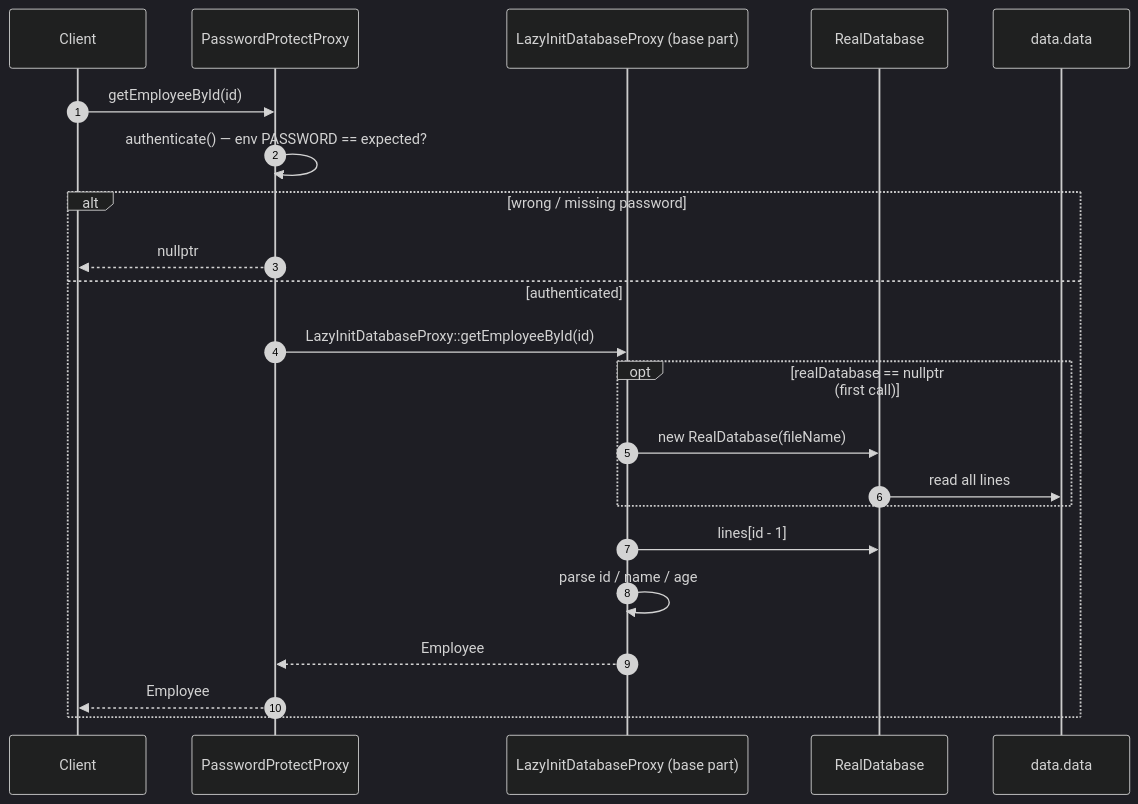
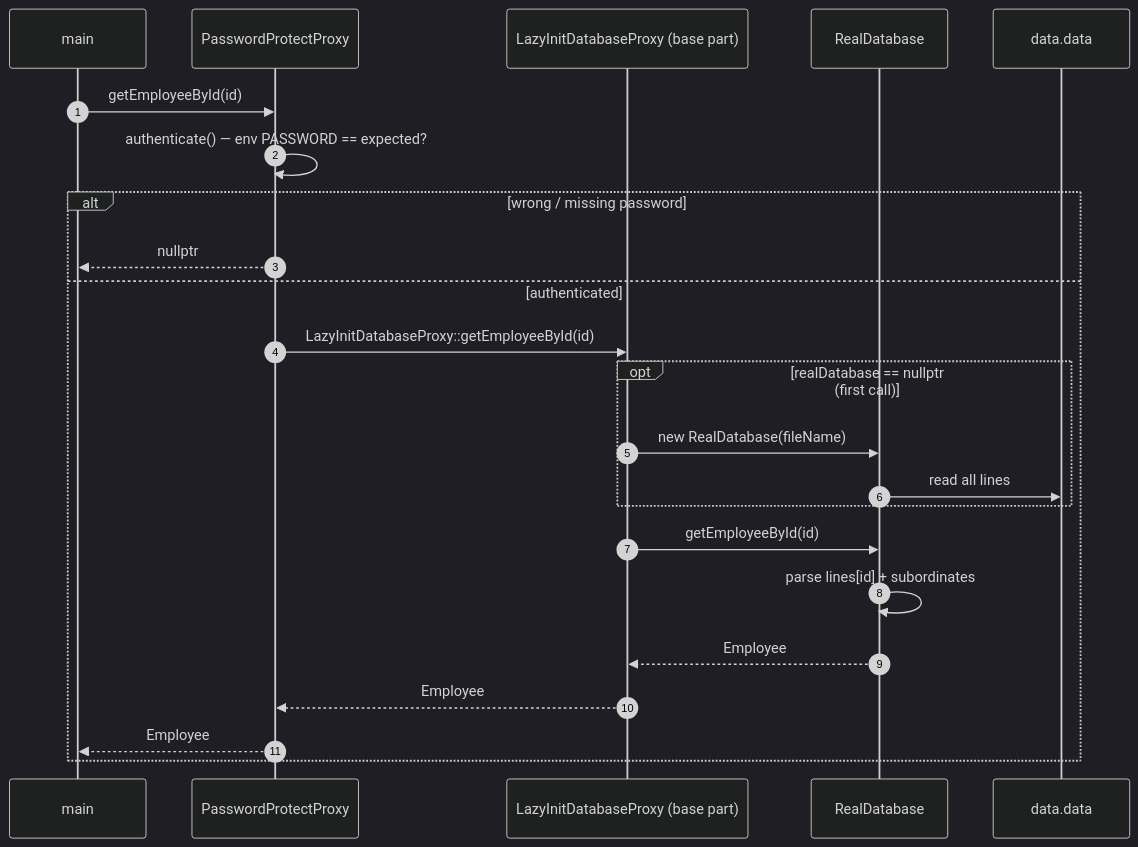
One commit to Chang-anthony/DesignPattern changed the second of 2 diagrams in employee/diagrams.md. Above: the diagram before and after it, drawn with Mermaid (dark theme). The commit also changed other lines of this file and 16 other files, not shown here.

````diff
--- a/employee/diagrams.md
+++ b/employee/diagrams.md
@@ -61,25 +61,26 @@
 ```mermaid
 sequenceDiagram
     autonumber
-    participant C as Client
+    participant C as main
     participant PP as PasswordProtectProxy
     participant LP as LazyInitDatabaseProxy (base part)
     participant RD as RealDatabase
     participant F as data.data
 
     C->>PP: getEmployeeById(id)
     PP->>PP: authenticate() — env PASSWORD == expected?
     alt wrong / missing password
         PP-->>C: nullptr
     else authenticated
         PP->>LP: LazyInitDatabaseProxy::getEmployeeById(id)
         opt realDatabase == nullptr (first call)
             LP->>RD: new RealDatabase(fileName)
             RD->>F: read all lines
         end
-        LP->>RD: lines[id - 1]
-        LP->>LP: parse id / name / age
+        LP->>RD: getEmployeeById(id)
+        RD->>RD: parse lines[id] + subordinates
+        RD-->>LP: Employee
         LP-->>PP: Employee
         PP-->>C: Employee
     end
 ```
````
